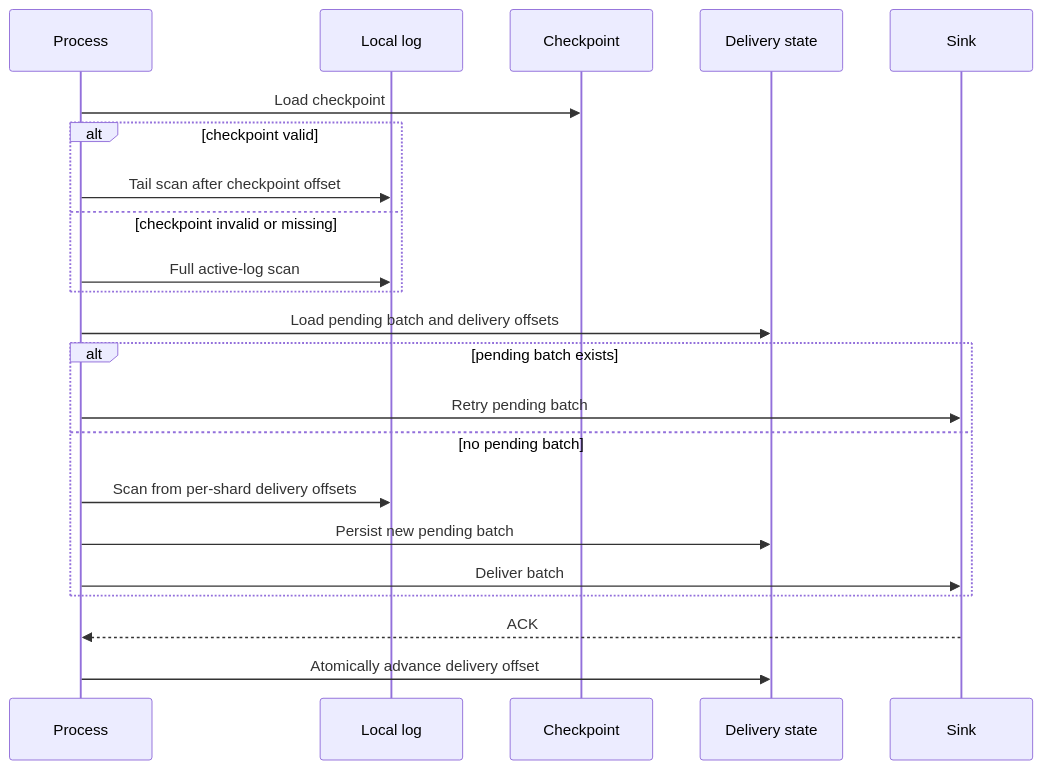
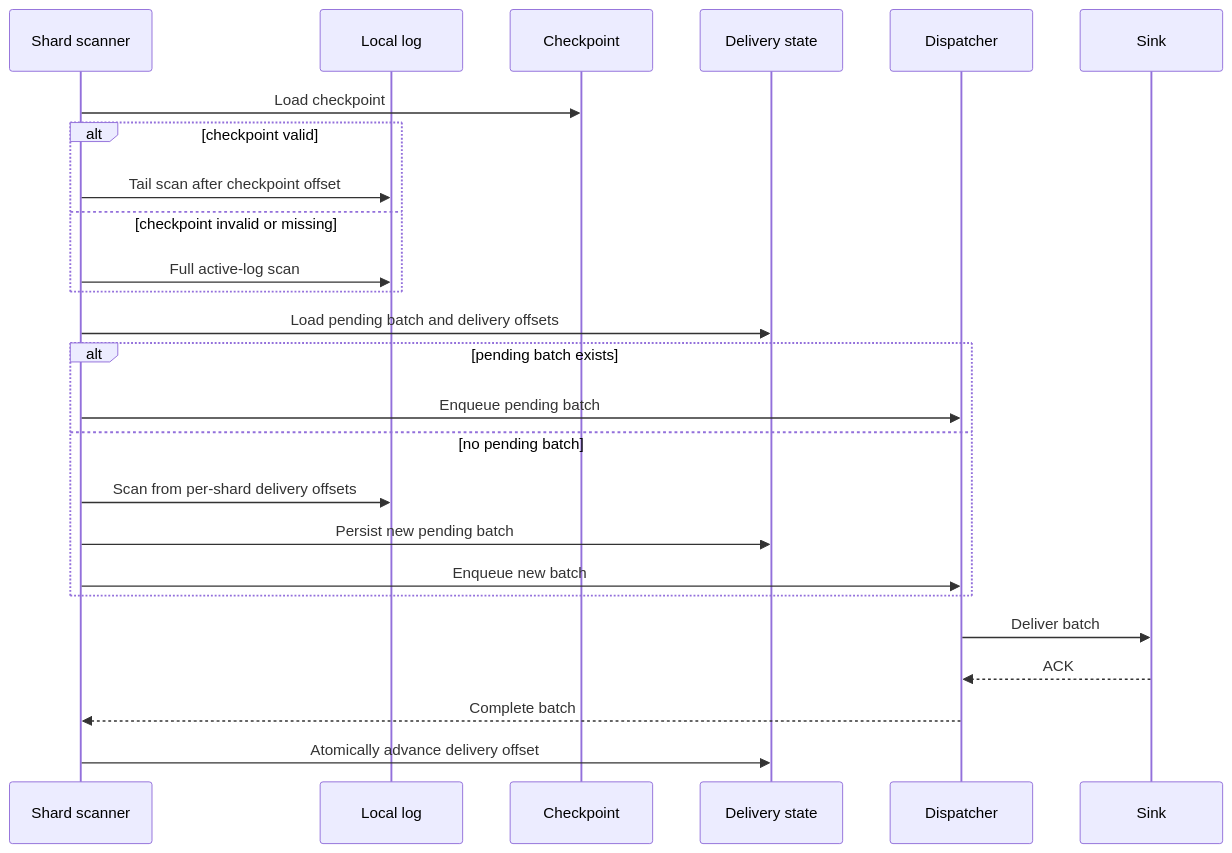
Before and after one commit to ytLiuq/seastar-log-engine: the second of 2 diagrams in doc/agent-architecture.md, drawn with Mermaid. The commit also changed other lines of this file and 15 other files, not shown here.

Commit message:
Add hybrid delivery scanner architecture

````diff
--- a/doc/agent-architecture.md
+++ b/doc/agent-architecture.md
@@ -97,25 +107,28 @@
 ```mermaid
 sequenceDiagram
-    participant P as Process
+    participant P as Shard scanner
     participant L as Local log
     participant C as Checkpoint
     participant D as Delivery state
+    participant Q as Dispatcher
     participant S as Sink
 
     P->>C: Load checkpoint
     alt checkpoint valid
         P->>L: Tail scan after checkpoint offset
     else checkpoint invalid or missing
         P->>L: Full active-log scan
     end
     P->>D: Load pending batch and delivery offsets
     alt pending batch exists
-        P->>S: Retry pending batch
+        P->>Q: Enqueue pending batch
     else no pending batch
         P->>L: Scan from per-shard delivery offsets
         P->>D: Persist new pending batch
-        P->>S: Deliver batch
+        P->>Q: Enqueue new batch
     end
-    S-->>P: ACK
+    Q->>S: Deliver batch
+    S-->>Q: ACK
+    Q-->>P: Complete batch
     P->>D: Atomically advance delivery offset
 ```
````
